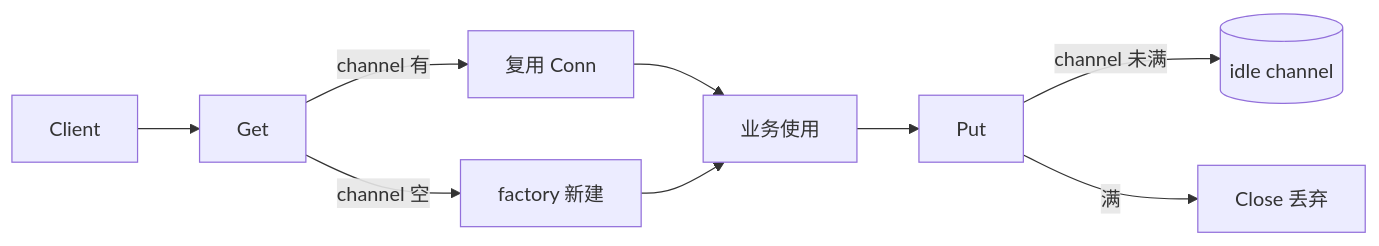
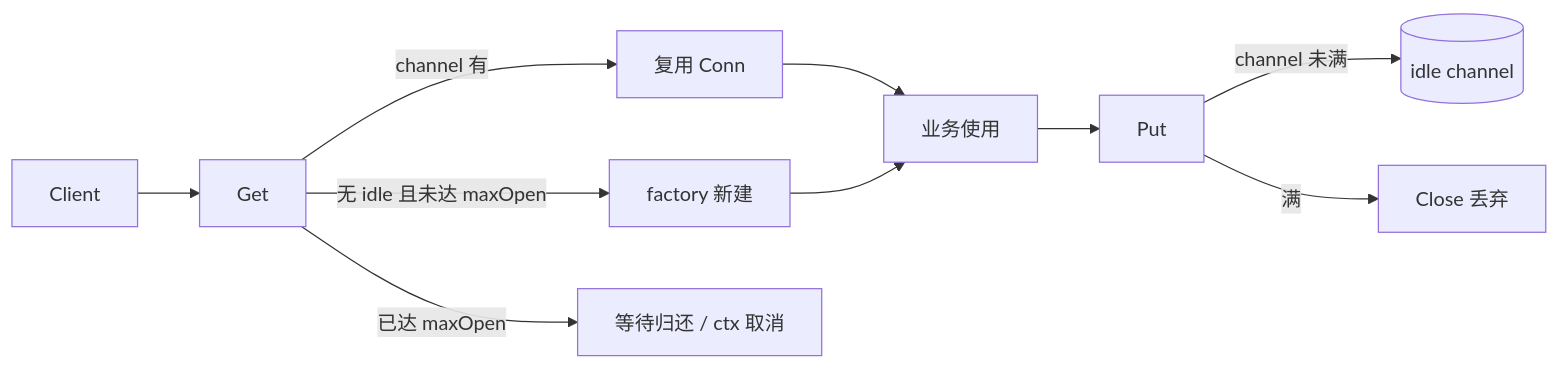
Before and after one commit to twodog-tt/Golang-development-manual: the diagram in docs/interview/08-coding-senior/S-CODE-05-connection-pool.md, drawn with Mermaid. The commit also changed other lines of this file and 438 other files, not shown here.

````diff
--- a/docs/interview/08-coding-senior/S-CODE-05-connection-pool.md
+++ b/docs/interview/08-coding-senior/S-CODE-05-connection-pool.md
@@ -32,11 +32,12 @@
 ```mermaid
 flowchart LR
   Client --> Get
   Get -->|channel 有| Reuse[复用 Conn]
-  Get -->|channel 空| New[factory 新建]
+  Get -->|无 idle 且未达 maxOpen| New[factory 新建]
+  Get -->|已达 maxOpen| Wait[等待归还 / ctx 取消]
   Reuse --> Use[业务使用]
   New --> Use
   Use --> Put
   Put -->|channel 未满| CH[(idle channel)]
   Put -->|满| CloseConn[Close 丢弃]
 ```
````
